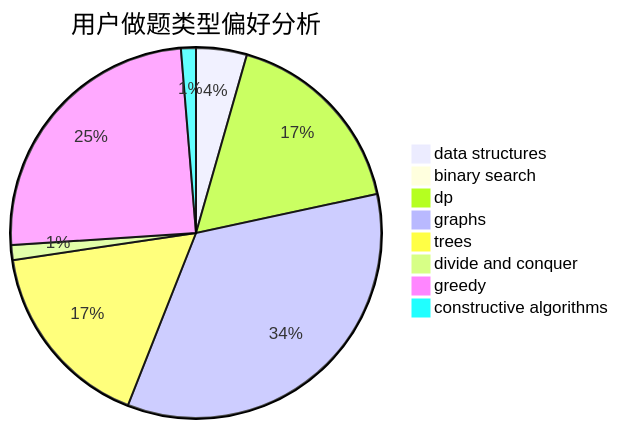
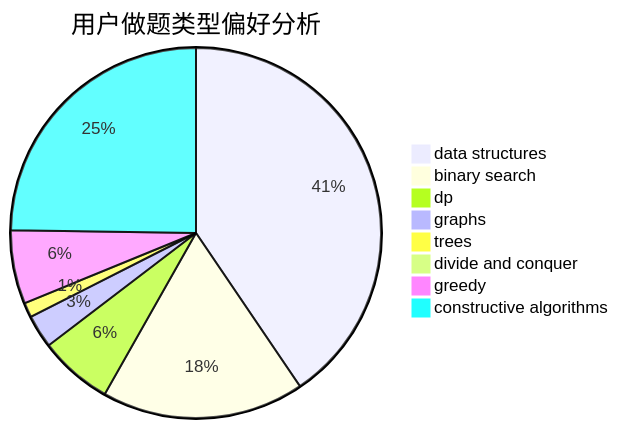
One commit to sherpahu/cfrs.github.io changed the second of 3 diagrams in docs/user/u84.md. Above: the diagram before and after it, drawn with Mermaid. The commit also changed other lines of this file and 2770 other files, not shown here.

````diff
--- a/docs/user/u84.md
+++ b/docs/user/u84.md
@@ -23,11 +23,11 @@
 ```mermaid
 pie title 用户做题类型偏好分析
-    "data structures" :  17
-    "binary search" :  3
-    "dp" :  66
-    "graphs" :  132
-    "trees" :  64
-    "divide and conquer" :  5
-    "greedy" :  95
-    "constructive algorithms" :  5
+    "data structures" :  126
+    "binary search" :  55
+    "dp" :  20
+    "graphs" :  9
+    "trees" :  4
+    "divide and conquer" :  0
+    "greedy" :  20
+    "constructive algorithms" :  77
 ```
````
